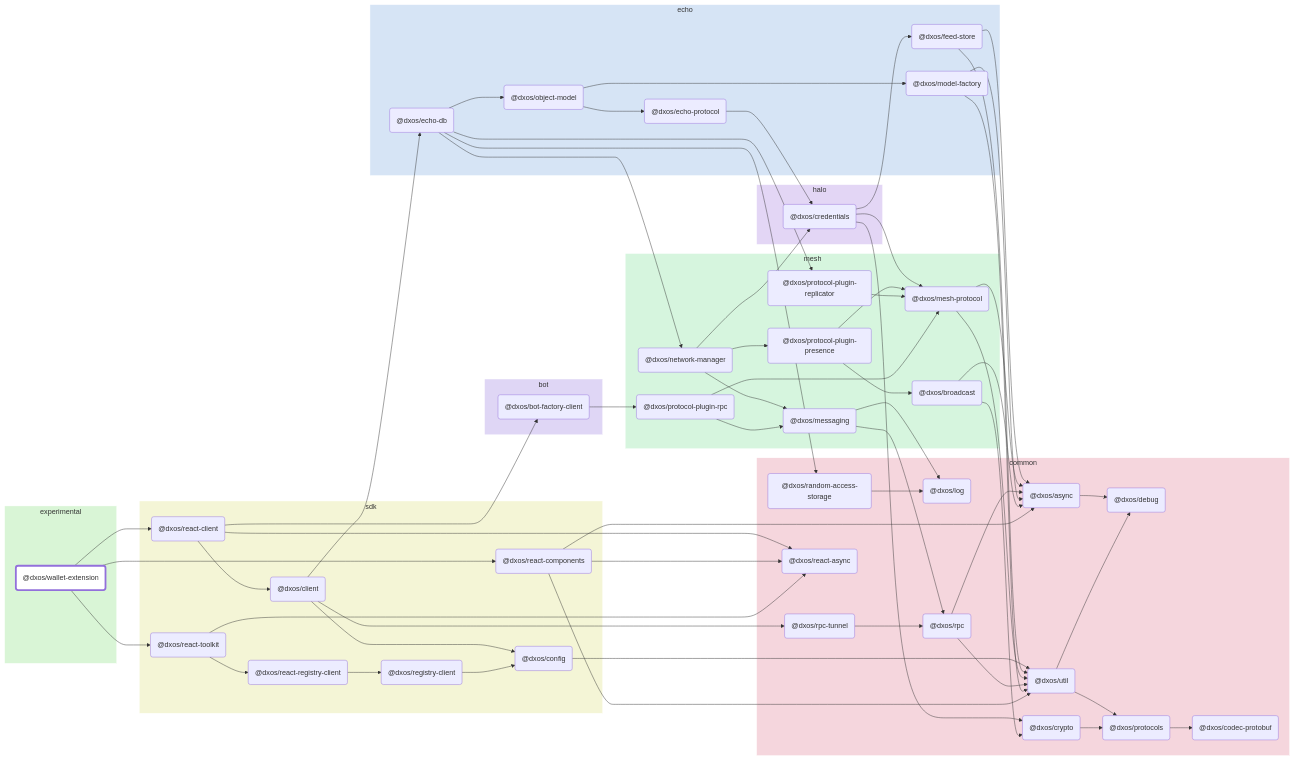
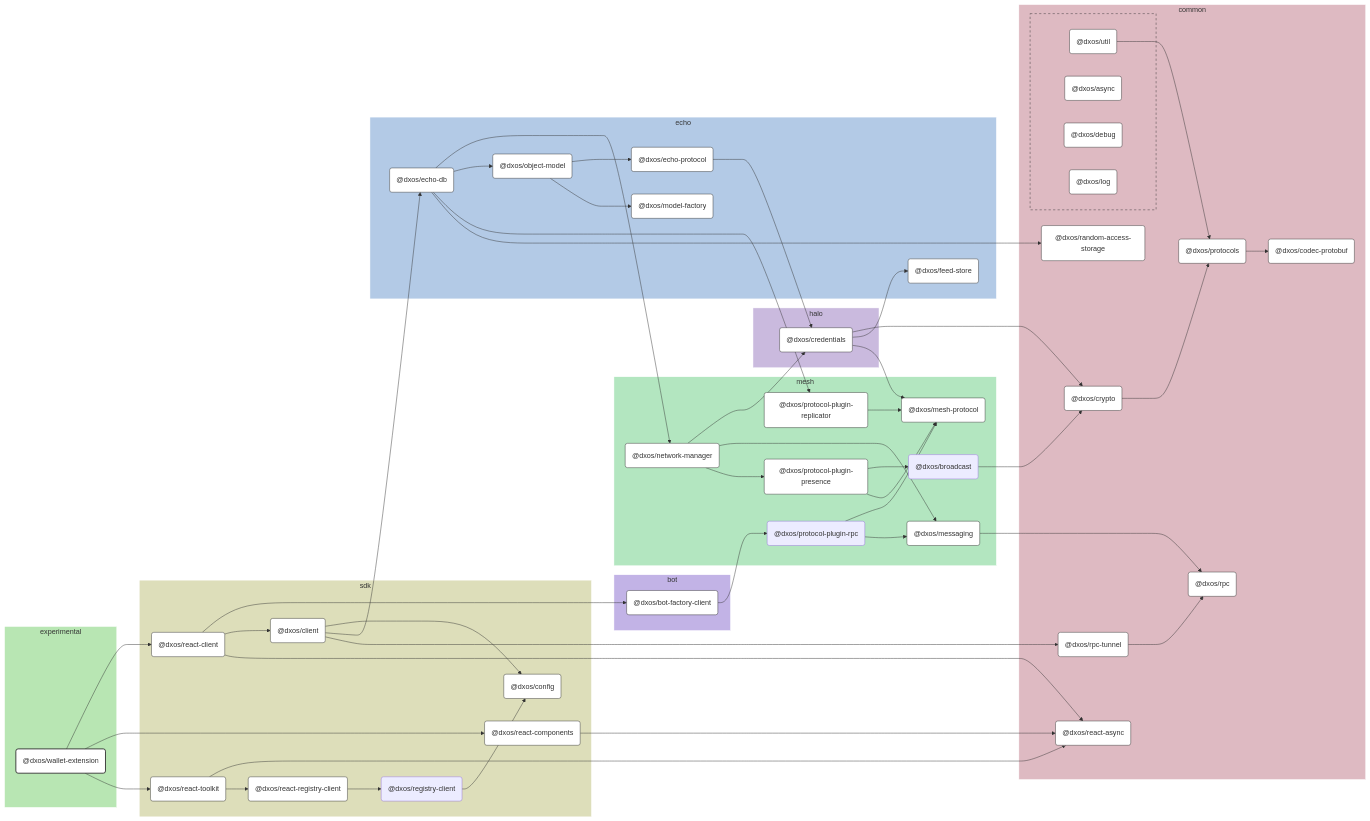
Before and after one commit to dxos/dxos: the diagram in apps/experimental/wallet-extension/docs/README.md, drawn with Mermaid. The commit also changed 100 other files, not shown here.

````diff
--- a/apps/experimental/wallet-extension/docs/README.md
+++ b/apps/experimental/wallet-extension/docs/README.md
@@ -7,152 +7,189 @@
 ```mermaid
-flowchart LR;
+%%{ init: {'flowchart':{'curve':'basis'}} }%%
 
-style dxos/wallet-extension fill:#fff,stroke-width:4px;
+flowchart LR
 
-click dxos/async "https:/github.com/dxos/dxos/tree/main/packages/common/async/docs";
-click dxos/debug "https:/github.com/dxos/dxos/tree/main/packages/common/debug/docs";
-click dxos/client "https:/github.com/dxos/dxos/tree/main/packages/sdk/client/docs";
-click dxos/codec-protobuf "https:/github.com/dxos/dxos/tree/main/packages/common/codec-protobuf/docs";
-click dxos/config "https:/github.com/dxos/dxos/tree/main/packages/sdk/config/docs";
-click dxos/echo-db "https:/github.com/dxos/dxos/tree/main/packages/echo/echo-db/docs";
-click dxos/model-factory "https:/github.com/dxos/dxos/tree/main/packages/echo/model-factory/docs";
-click dxos/protocols "https:/github.com/dxos/dxos/tree/main/packages/common/protocols/docs";
-click dxos/rpc "https:/github.com/dxos/dxos/tree/main/packages/common/rpc/docs";
-click dxos/rpc-tunnel "https:/github.com/dxos/dxos/tree/main/packages/common/rpc-tunnel/docs";
-click dxos/messaging "https:/github.com/dxos/dxos/tree/main/packages/mesh/messaging/docs";
-click dxos/util "https:/github.com/dxos/dxos/tree/main/packages/common/util/docs";
-click dxos/log "https:/github.com/dxos/dxos/tree/main/packages/common/log/docs";
-click dxos/credentials "https:/github.com/dxos/dxos/tree/main/packages/halo/credentials/docs";
-click dxos/crypto "https:/github.com/dxos/dxos/tree/main/packages/common/crypto/docs";
-click dxos/echo-protocol "https:/github.com/dxos/dxos/tree/main/packages/echo/echo-protocol/docs";
-click dxos/feed-store "https:/github.com/dxos/dxos/tree/main/packages/echo/feed-store/docs";
-click dxos/mesh-protocol "https:/github.com/dxos/dxos/tree/main/packages/mesh/mesh-protocol/docs";
-click dxos/network-manager "https:/github.com/dxos/dxos/tree/main/packages/mesh/network-manager/docs";
-click dxos/object-model "https:/github.com/dxos/dxos/tree/main/packages/echo/object-model/docs";
-click dxos/protocol-plugin-presence "https:/github.com/dxos/dxos/tree/main/packages/mesh/protocol-plugin-presence/docs";
-click dxos/protocol-plugin-replicator "https:/github.com/dxos/dxos/tree/main/packages/mesh/protocol-plugin-replicator/docs";
-click dxos/random-access-storage "https:/github.com/dxos/dxos/tree/main/packages/common/random-access-storage/docs";
-click dxos/react-client "https:/github.com/dxos/dxos/tree/main/packages/sdk/react-client/docs";
-click dxos/bot-factory-client "https:/github.com/dxos/dxos/tree/main/packages/bot/bot-factory-client/docs";
-click dxos/react-async "https:/github.com/dxos/dxos/tree/main/packages/common/react-async/docs";
-click dxos/react-components "https:/github.com/dxos/dxos/tree/main/packages/sdk/react-components/docs";
-click dxos/react-toolkit "https:/github.com/dxos/dxos/tree/main/packages/sdk/react-toolkit/docs";
-click dxos/react-registry-client "https:/github.com/dxos/dxos/tree/main/packages/sdk/react-registry-client/docs";
+%% Links
+dxos/bot-factory-client --> dxos/protocol-plugin-rpc;
+dxos/broadcast --> dxos/crypto;
+dxos/client --> dxos/config;
+dxos/client --> dxos/echo-db;
+dxos/client --> dxos/rpc-tunnel;
+dxos/credentials --> dxos/crypto;
+dxos/credentials --> dxos/feed-store;
+dxos/credentials --> dxos/mesh-protocol;
+dxos/crypto --> dxos/protocols;
+dxos/echo-db --> dxos/network-manager;
+dxos/echo-db --> dxos/object-model;
+dxos/echo-db --> dxos/protocol-plugin-replicator;
+dxos/echo-db --> dxos/random-access-storage;
+dxos/echo-protocol --> dxos/credentials;
+dxos/messaging --> dxos/rpc;
+dxos/network-manager --> dxos/credentials;
+dxos/network-manager --> dxos/messaging;
+dxos/network-manager --> dxos/protocol-plugin-presence;
+dxos/object-model --> dxos/echo-protocol;
+dxos/object-model --> dxos/model-factory;
+dxos/protocol-plugin-presence --> dxos/broadcast;
+dxos/protocol-plugin-presence --> dxos/mesh-protocol;
+dxos/protocol-plugin-replicator --> dxos/mesh-protocol;
+dxos/protocol-plugin-rpc --> dxos/mesh-protocol;
+dxos/protocol-plugin-rpc --> dxos/messaging;
+dxos/protocols --> dxos/codec-protobuf;
+dxos/react-client --> dxos/bot-factory-client;
+dxos/react-client --> dxos/client;
+dxos/react-client --> dxos/react-async;
+dxos/react-components --> dxos/react-async;
+dxos/react-registry-client --> dxos/registry-client;
+dxos/react-toolkit --> dxos/react-async;
+dxos/react-toolkit --> dxos/react-registry-client;
+dxos/registry-client --> dxos/config;
+dxos/rpc-tunnel --> dxos/rpc;
+dxos/util --> dxos/protocols;
+dxos/wallet-extension --> dxos/react-client;
+dxos/wallet-extension --> dxos/react-components;
+dxos/wallet-extension --> dxos/react-toolkit;
 
+%% Sections
 subgraph experimental
-  style experimental fill:#d9f5d6,stroke:#fff;
-  dxos/wallet-extension("@dxos/wallet-extension");
+  style experimental fill:#b8e6b3,stroke:#fff;
+
+  dxos/wallet-extension("@dxos/wallet-extension")
 end
 
 subgraph common
-  style common fill:#f5d6dd,stroke:#fff;
-  dxos/async("@dxos/async");
-  dxos/debug("@dxos/debug");
-  dxos/codec-protobuf("@dxos/codec-protobuf");
-  dxos/protocols("@dxos/protocols");
-  dxos/util("@dxos/util");
-  dxos/log("@dxos/log");
-  dxos/crypto("@dxos/crypto");
-  dxos/rpc("@dxos/rpc");
-  dxos/random-access-storage("@dxos/random-access-storage");
-  dxos/rpc-tunnel("@dxos/rpc-tunnel");
-  dxos/react-async("@dxos/react-async");
+  style common fill:#debac2,stroke:#fff;
+
+  dxos/codec-protobuf("@dxos/codec-protobuf")
+  dxos/crypto("@dxos/crypto")
+  dxos/protocols("@dxos/protocols")
+  dxos/random-access-storage("@dxos/random-access-storage")
+  dxos/react-async("@dxos/react-async")
+  dxos/rpc("@dxos/rpc")
+  dxos/rpc-tunnel("@dxos/rpc-tunnel")
+
+  subgraph common-excluded [ ]
+    style common-excluded fill:#debac2,stroke:#333,stroke-dasharray:5 5;
+
+    dxos/async("@dxos/async")
+    dxos/debug("@dxos/debug")
+    dxos/log("@dxos/log")
+    dxos/util("@dxos/util")
+  end
 end
 
 subgraph sdk
-  style sdk fill:#f4f5d6,stroke:#fff;
-  dxos/client("@dxos/client");
-  dxos/config("@dxos/config");
-  dxos/react-client("@dxos/react-client");
-  dxos/react-components("@dxos/react-components");
-  dxos/react-toolkit("@dxos/react-toolkit");
-  dxos/react-registry-client("@dxos/react-registry-client");
-  dxos/registry-client("@dxos/registry-client");
+  style sdk fill:#dddeba,stroke:#fff;
+
+  dxos/client("@dxos/client")
+  dxos/config("@dxos/config")
+  dxos/react-client("@dxos/react-client")
+  dxos/react-components("@dxos/react-components")
+  dxos/react-registry-client("@dxos/react-registry-client")
+  dxos/react-toolkit("@dxos/react-toolkit")
+  dxos/registry-client("@dxos/registry-client")
 end
 
 subgraph echo
-  style echo fill:#d6e4f5,stroke:#fff;
-  dxos/echo-db("@dxos/echo-db");
-  dxos/feed-store("@dxos/feed-store");
-  dxos/echo-protocol("@dxos/echo-protocol");
-  dxos/model-factory("@dxos/model-factory");
-  dxos/object-model("@dxos/object-model");
+  style echo fill:#b3cae6,stroke:#fff;
+
+  dxos/echo-db("@dxos/echo-db")
+  dxos/echo-protocol("@dxos/echo-protocol")
+  dxos/feed-store("@dxos/feed-store")
+  dxos/model-factory("@dxos/model-factory")
+  dxos/object-model("@dxos/object-model")
 end
 
 subgraph halo
-  style halo fill:#e3d6f5,stroke:#fff;
-  dxos/credentials("@dxos/credentials");
+  style halo fill:#cabade,stroke:#fff;
+
+  dxos/credentials("@dxos/credentials")
 end
 
 subgraph mesh
-  style mesh fill:#d6f5de,stroke:#fff;
-  dxos/mesh-protocol("@dxos/mesh-protocol");
-  dxos/messaging("@dxos/messaging");
-  dxos/network-manager("@dxos/network-manager");
-  dxos/protocol-plugin-presence("@dxos/protocol-plugin-presence");
-  dxos/broadcast("@dxos/broadcast");
-  dxos/protocol-plugin-replicator("@dxos/protocol-plugin-replicator");
-  dxos/protocol-plugin-rpc("@dxos/protocol-plugin-rpc");
+  style mesh fill:#b3e6c0,stroke:#fff;
+
+  dxos/broadcast("@dxos/broadcast")
+  dxos/mesh-protocol("@dxos/mesh-protocol")
+  dxos/messaging("@dxos/messaging")
+  dxos/network-manager("@dxos/network-manager")
+  dxos/protocol-plugin-presence("@dxos/protocol-plugin-presence")
+  dxos/protocol-plugin-replicator("@dxos/protocol-plugin-replicator")
+  dxos/protocol-plugin-rpc("@dxos/protocol-plugin-rpc")
 end
 
 subgraph bot
-  style bot fill:#dfd6f5,stroke:#fff;
-  dxos/bot-factory-client("@dxos/bot-factory-client");
+  style bot fill:#c2b3e6,stroke:#fff;
+
+  dxos/bot-factory-client("@dxos/bot-factory-client")
 end
 
-dxos/async --> dxos/debug;
-dxos/client --> dxos/config;
-dxos/protocols --> dxos/codec-protobuf;
-dxos/config --> dxos/util;
-dxos/util --> dxos/debug;
-dxos/util --> dxos/protocols;
-dxos/client --> dxos/echo-db;
-dxos/credentials --> dxos/crypto;
-dxos/crypto --> dxos/protocols;
-dxos/credentials --> dxos/feed-store;
-dxos/feed-store --> dxos/async;
-dxos/feed-store --> dxos/util;
-dxos/credentials --> dxos/mesh-protocol;
-dxos/mesh-protocol --> dxos/async;
-dxos/mesh-protocol --> dxos/util;
-dxos/echo-protocol --> dxos/credentials;
-dxos/messaging --> dxos/log;
-dxos/messaging --> dxos/rpc;
-dxos/rpc --> dxos/async;
-dxos/rpc --> dxos/util;
-dxos/model-factory --> dxos/async;
-dxos/model-factory --> dxos/util;
-dxos/echo-db --> dxos/network-manager;
-dxos/network-manager --> dxos/credentials;
-dxos/network-manager --> dxos/messaging;
-dxos/network-manager --> dxos/protocol-plugin-presence;
-dxos/protocol-plugin-presence --> dxos/broadcast;
-dxos/broadcast --> dxos/async;
-dxos/broadcast --> dxos/crypto;
-dxos/protocol-plugin-presence --> dxos/mesh-protocol;
-dxos/echo-db --> dxos/object-model;
-dxos/object-model --> dxos/echo-protocol;
-dxos/object-model --> dxos/model-factory;
-dxos/echo-db --> dxos/protocol-plugin-replicator;
-dxos/protocol-plugin-replicator --> dxos/mesh-protocol;
-dxos/echo-db --> dxos/random-access-storage;
-dxos/random-access-storage --> dxos/log;
-dxos/client --> dxos/rpc-tunnel;
-dxos/rpc-tunnel --> dxos/rpc;
-dxos/wallet-extension --> dxos/react-client;
-dxos/react-client --> dxos/bot-factory-client;
-dxos/bot-factory-client --> dxos/protocol-plugin-rpc;
-dxos/protocol-plugin-rpc --> dxos/messaging;
-dxos/protocol-plugin-rpc --> dxos/mesh-protocol;
-dxos/react-client --> dxos/client;
-dxos/react-client --> dxos/react-async;
-dxos/wallet-extension --> dxos/react-components;
-dxos/react-components --> dxos/async;
-dxos/react-components --> dxos/react-async;
-dxos/react-components --> dxos/util;
-dxos/wallet-extension --> dxos/react-toolkit;
-dxos/react-toolkit --> dxos/react-async;
-dxos/react-toolkit --> dxos/react-registry-client;
-dxos/react-registry-client --> dxos/registry-client;
-dxos/registry-client --> dxos/config;
+
+%% Hyperlinks
+click dxos/async href "https:/github.com/dxos/dxos/tree/main/packages/common/async/docs";
+click dxos/bot-factory-client href "https:/github.com/dxos/dxos/tree/main/packages/bot/bot-factory-client/docs";
+click dxos/client href "https:/github.com/dxos/dxos/tree/main/packages/sdk/client/docs";
+click dxos/codec-protobuf href "https:/github.com/dxos/dxos/tree/main/packages/common/codec-protobuf/docs";
+click dxos/config href "https:/github.com/dxos/dxos/tree/main/packages/sdk/config/docs";
+click dxos/credentials href "https:/github.com/dxos/dxos/tree/main/packages/halo/credentials/docs";
+click dxos/crypto href "https:/github.com/dxos/dxos/tree/main/packages/common/crypto/docs";
+click dxos/debug href "https:/github.com/dxos/dxos/tree/main/packages/common/debug/docs";
+click dxos/echo-db href "https:/github.com/dxos/dxos/tree/main/packages/echo/echo-db/docs";
+click dxos/echo-protocol href "https:/github.com/dxos/dxos/tree/main/packages/echo/echo-protocol/docs";
+click dxos/feed-store href "https:/github.com/dxos/dxos/tree/main/packages/echo/feed-store/docs";
+click dxos/log href "https:/github.com/dxos/dxos/tree/main/packages/common/log/docs";
+click dxos/mesh-protocol href "https:/github.com/dxos/dxos/tree/main/packages/mesh/mesh-protocol/docs";
+click dxos/messaging href "https:/github.com/dxos/dxos/tree/main/packages/mesh/messaging/docs";
+click dxos/model-factory href "https:/github.com/dxos/dxos/tree/main/packages/echo/model-factory/docs";
+click dxos/network-manager href "https:/github.com/dxos/dxos/tree/main/packages/mesh/network-manager/docs";
+click dxos/object-model href "https:/github.com/dxos/dxos/tree/main/packages/echo/object-model/docs";
+click dxos/protocol-plugin-presence href "https:/github.com/dxos/dxos/tree/main/packages/mesh/protocol-plugin-presence/docs";
+click dxos/protocol-plugin-replicator href "https:/github.com/dxos/dxos/tree/main/packages/mesh/protocol-plugin-replicator/docs";
+click dxos/protocols href "https:/github.com/dxos/dxos/tree/main/packages/common/protocols/docs";
+click dxos/random-access-storage href "https:/github.com/dxos/dxos/tree/main/packages/common/random-access-storage/docs";
+click dxos/react-async href "https:/github.com/dxos/dxos/tree/main/packages/common/react-async/docs";
+click dxos/react-client href "https:/github.com/dxos/dxos/tree/main/packages/sdk/react-client/docs";
+click dxos/react-components href "https:/github.com/dxos/dxos/tree/main/packages/sdk/react-components/docs";
+click dxos/react-registry-client href "https:/github.com/dxos/dxos/tree/main/packages/sdk/react-registry-client/docs";
+click dxos/react-toolkit href "https:/github.com/dxos/dxos/tree/main/packages/sdk/react-toolkit/docs";
+click dxos/rpc href "https:/github.com/dxos/dxos/tree/main/packages/common/rpc/docs";
+click dxos/rpc-tunnel href "https:/github.com/dxos/dxos/tree/main/packages/common/rpc-tunnel/docs";
+click dxos/util href "https:/github.com/dxos/dxos/tree/main/packages/common/util/docs";
+
+%% Styles
+classDef rootNode fill:#fff,stroke:#333,stroke-width:2px
+classDef defaultNode fill:#fff,stroke:#333,stroke-width:1px
+linkStyle default stroke:#333,stroke-width:1px
+
+dxos/wallet-extension:::rootNode
+
+dxos/async:::defaultNode
+dxos/bot-factory-client:::defaultNode
+dxos/client:::defaultNode
+dxos/codec-protobuf:::defaultNode
+dxos/config:::defaultNode
+dxos/credentials:::defaultNode
+dxos/crypto:::defaultNode
+dxos/debug:::defaultNode
+dxos/echo-db:::defaultNode
+dxos/echo-protocol:::defaultNode
+dxos/feed-store:::defaultNode
+dxos/log:::defaultNode
+dxos/mesh-protocol:::defaultNode
+dxos/messaging:::defaultNode
+dxos/model-factory:::defaultNode
+dxos/network-manager:::defaultNode
+dxos/object-model:::defaultNode
+dxos/protocol-plugin-presence:::defaultNode
+dxos/protocol-plugin-replicator:::defaultNode
+dxos/protocols:::defaultNode
+dxos/random-access-storage:::defaultNode
+dxos/react-async:::defaultNode
+dxos/react-client:::defaultNode
+dxos/react-components:::defaultNode
+dxos/react-registry-client:::defaultNode
+dxos/react-toolkit:::defaultNode
+dxos/rpc:::defaultNode
+dxos/rpc-tunnel:::defaultNode
+dxos/util:::defaultNode
 ```
````
